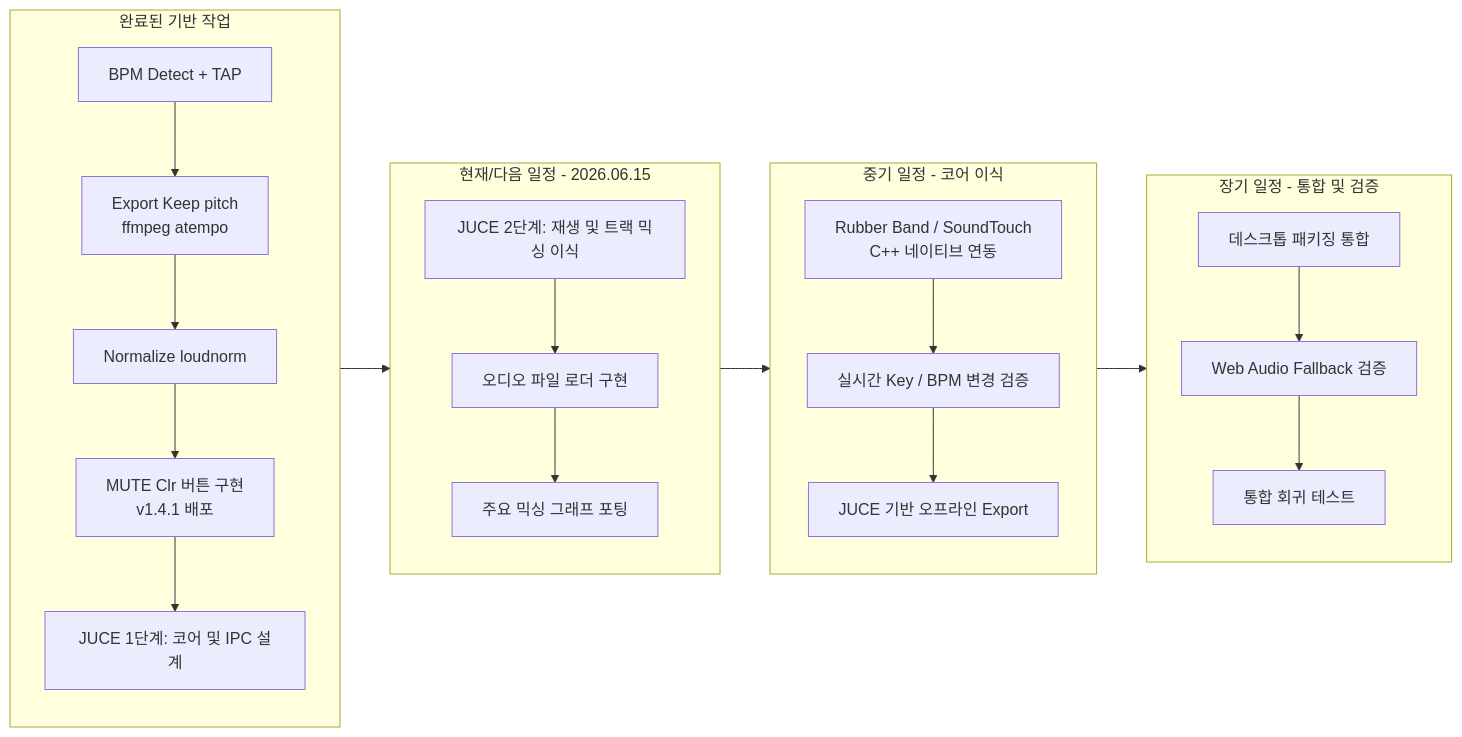
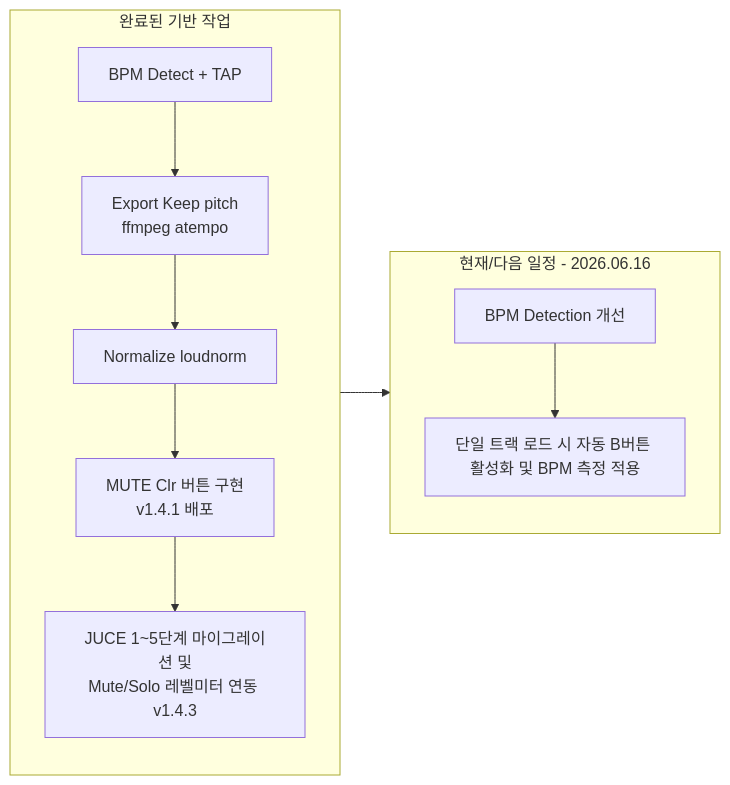
One commit to limsunglyong/FocusDAW-Studio changed the second of 5 diagrams in 개발-프로세스.md. Above: the diagram before and after it, drawn with Mermaid. The commit also changed other lines of this file and 5 other files, not shown here.

````diff
--- a/개발-프로세스.md
+++ b/개발-프로세스.md
@@ -65,34 +68,19 @@
 ```mermaid
 flowchart LR
     subgraph DONE [완료된 기반 작업]
         A0[BPM Detect + TAP]
         A1[Export Keep pitch<br/>ffmpeg atempo]
         A2[Normalize loudnorm]
         A3[MUTE Clr 버튼 구현<br/>v1.4.1 배포]
-        A4[JUCE 1단계: 코어 및 IPC 설계]
+        A4[JUCE 1~5단계 마이그레이션 및<br/>Mute/Solo 레벨미터 연동 v1.4.3]
         A0 --> A1 --> A2 --> A3 --> A4
     end
 
-    subgraph NOW [현재/다음 일정 - 2026.06.15]
-        B0[JUCE 2단계: 재생 및 트랙 믹싱 이식]
-        B1[오디오 파일 로더 구현]
-        B2[주요 믹싱 그래프 포팅]
-        B0 --> B1 --> B2
+    subgraph NOW [현재/다음 일정 - 2026.06.16]
+        B0[BPM Detection 개선]
+        B1[단일 트랙 로드 시 자동 B버튼 활성화 및 BPM 측정 적용]
+        B0 --> B1
     end
 
-    subgraph MID [중기 일정 - 코어 이식]
-        C0[Rubber Band / SoundTouch<br/>C++ 네이티브 연동]
-        C1[실시간 Key / BPM 변경 검증]
-        C2[JUCE 기반 오프라인 Export]
-        C0 --> C1 --> C2
-    end
-
-    subgraph LATE [장기 일정 - 통합 및 검증]
-        D0[데스크톱 패키징 통합]
-        D1[Web Audio Fallback 검증]
-        D2[통합 회귀 테스트]
-        D0 --> D1 --> D2
-    end
-
-    DONE --> NOW --> MID --> LATE
+    DONE --> NOW
 ```
````
